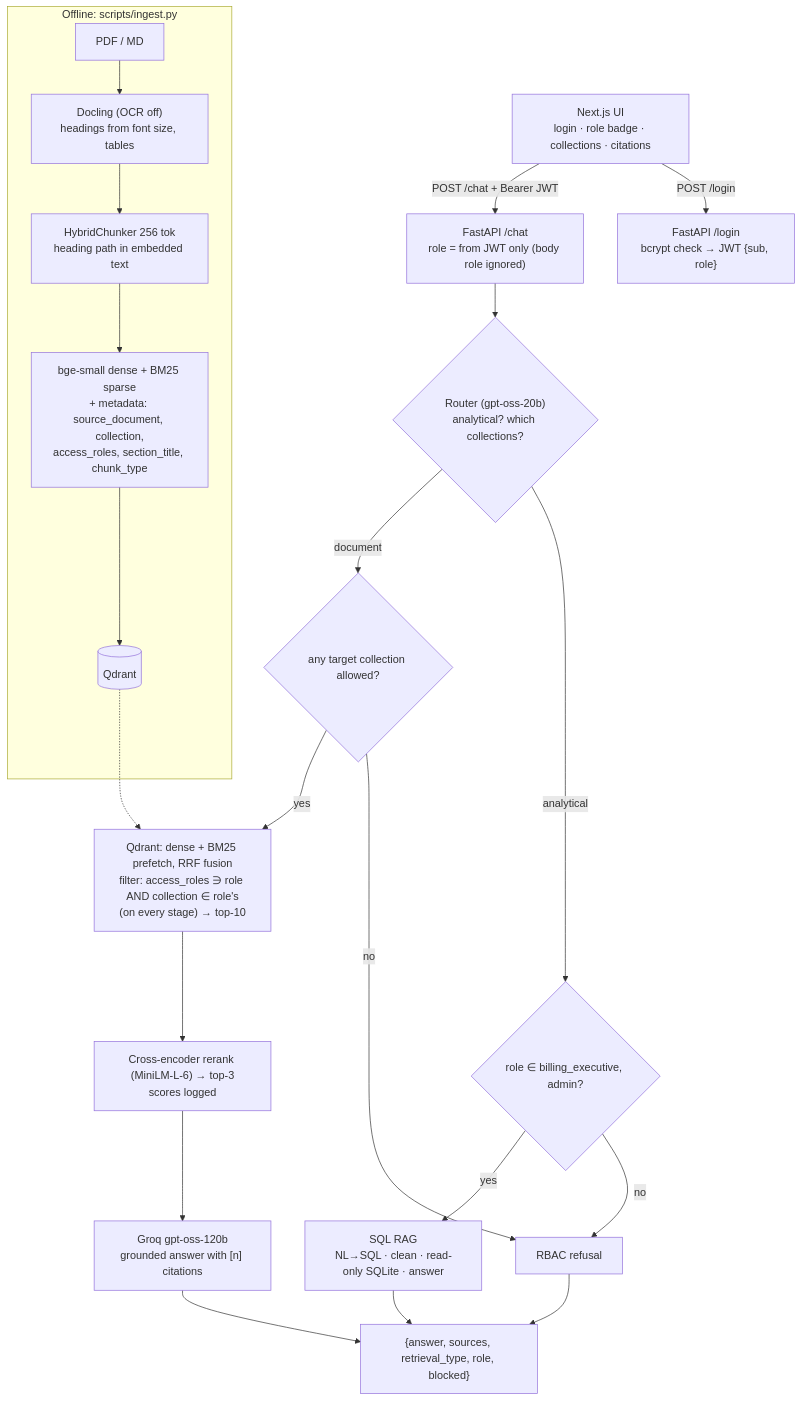
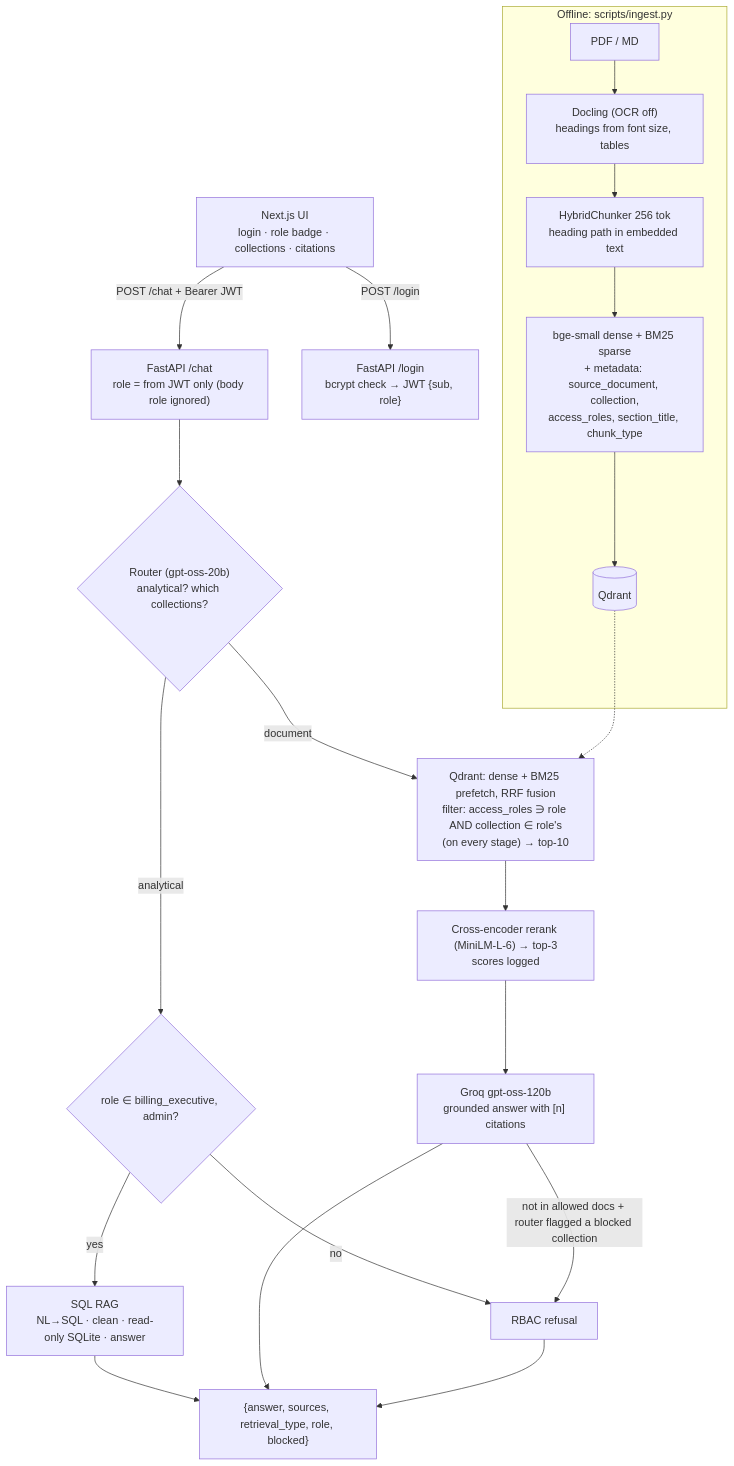
Before and after one commit to Nainagerwani07/medibot-advanced-rag: the diagram in README.md, drawn with Mermaid. The commit also changed 9 other files, not shown here.

````diff
--- a/README.md
+++ b/README.md
@@ -25,22 +25,21 @@
 ```mermaid
 flowchart TD
     UI["Next.js UI<br/>login · role badge · collections · citations"] -->|POST /login| L["FastAPI /login<br/>bcrypt check → JWT {sub, role}"]
     UI -->|"POST /chat + Bearer JWT"| C["FastAPI /chat<br/>role = from JWT only (body role ignored)"]
     C --> R{"Router (gpt-oss-20b)<br/>analytical? which collections?"}
     R -->|analytical| S1{"role ∈ billing_executive, admin?"}
     S1 -->|no| X["RBAC refusal"]
     S1 -->|yes| SQL["SQL RAG<br/>NL→SQL · clean · read-only SQLite · answer"]
-    R -->|document| P{"any target collection allowed?"}
-    P -->|no| X
-    P -->|yes| H["Qdrant: dense + BM25 prefetch, RRF fusion<br/>filter: access_roles ∋ role AND collection ∈ role's<br/>(on every stage) → top-10"]
+    R -->|document| H["Qdrant: dense + BM25 prefetch, RRF fusion<br/>filter: access_roles ∋ role AND collection ∈ role's<br/>(on every stage) → top-10"]
     H --> RR["Cross-encoder rerank (MiniLM-L-6) → top-3<br/>scores logged"]
     RR --> LLM["Groq gpt-oss-120b<br/>grounded answer with [n] citations"]
+    LLM -->|"not in allowed docs + router flagged a blocked collection"| X
     SQL --> OUT["{answer, sources, retrieval_type, role, blocked}"]
     LLM --> OUT
     X --> OUT
 
     subgraph OFFLINE["Offline: scripts/ingest.py"]
         D["PDF / MD"] --> DL["Docling (OCR off)<br/>headings from font size, tables"] --> HC["HybridChunker 256 tok<br/>heading path in embedded text"] --> EMB["bge-small dense + BM25 sparse<br/>+ metadata: source_document, collection,<br/>access_roles, section_title, chunk_type"] --> QD[(Qdrant)]
     end
     QD -.-> H
 ```
````
